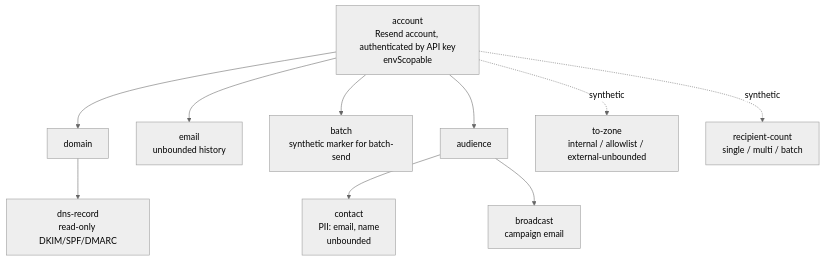
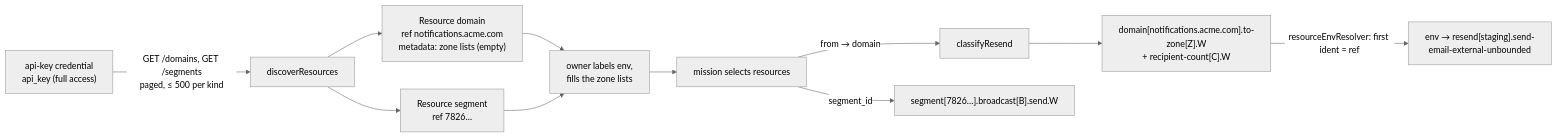
Before and after one commit to vaubaan/gateway: the diagram in docs/handbook/providers/resend.md, drawn with Mermaid (neutral theme). The commit also changed other lines of this file and 21 other files, not shown here.

````diff
--- a/docs/handbook/providers/resend.md
+++ b/docs/handbook/providers/resend.md
@@ -103,21 +72,12 @@
 ```mermaid
-flowchart TB
-  account[account<br/>Resend account, authenticated by API key<br/>envScopable]
-
-  %% Domains cluster
-  account --> domain[domain]
-  domain --> dns-record[dns-record<br/>read-only DKIM/SPF/DMARC]
-
-  %% Transactional email cluster
-  account --> email[email<br/>unbounded history]
-  account --> batch[batch<br/>synthetic marker for batch-send]
-
-  %% Audience / contact / broadcast cluster
-  account --> audience[audience]
-  audience --> contact[contact<br/>PII: email, name<br/>unbounded]
-  audience --> broadcast[broadcast<br/>campaign email]
-
-  %% Synthetic risk-zone markers
-  account -.synthetic.-> to-zone[to-zone<br/>internal / allowlist / external-unbounded]
-  account -.synthetic.-> recipient-count[recipient-count<br/>single / multi / batch]
+flowchart LR
+  key["api-key credential<br/>api_key (full access)"] -->|"GET /domains, GET /segments<br/>paged, ≤ 500 per kind"| disc["discoverResources"]
+  disc --> d["Resource domain<br/>ref notifications.acme.com<br/>metadata: zone lists (empty)"]
+  disc --> s["Resource segment<br/>ref 7826…"]
+  d & s --> owner["owner labels env,<br/>fills the zone lists"]
+  owner --> mission["mission selects resources"]
+  mission -->|"from → domain"| cls["classifyResend"]
+  cls --> z["domain[notifications.acme.com].to-zone[Z].W<br/>+ recipient-count[C].W"]
+  z -->|"resourceEnvResolver: first ident = ref"| env["env → resend[staging].send-email-external-unbounded"]
+  mission -->|"segment_id"| b["segment[7826…].broadcast[B].send.W"]
 ```
````
